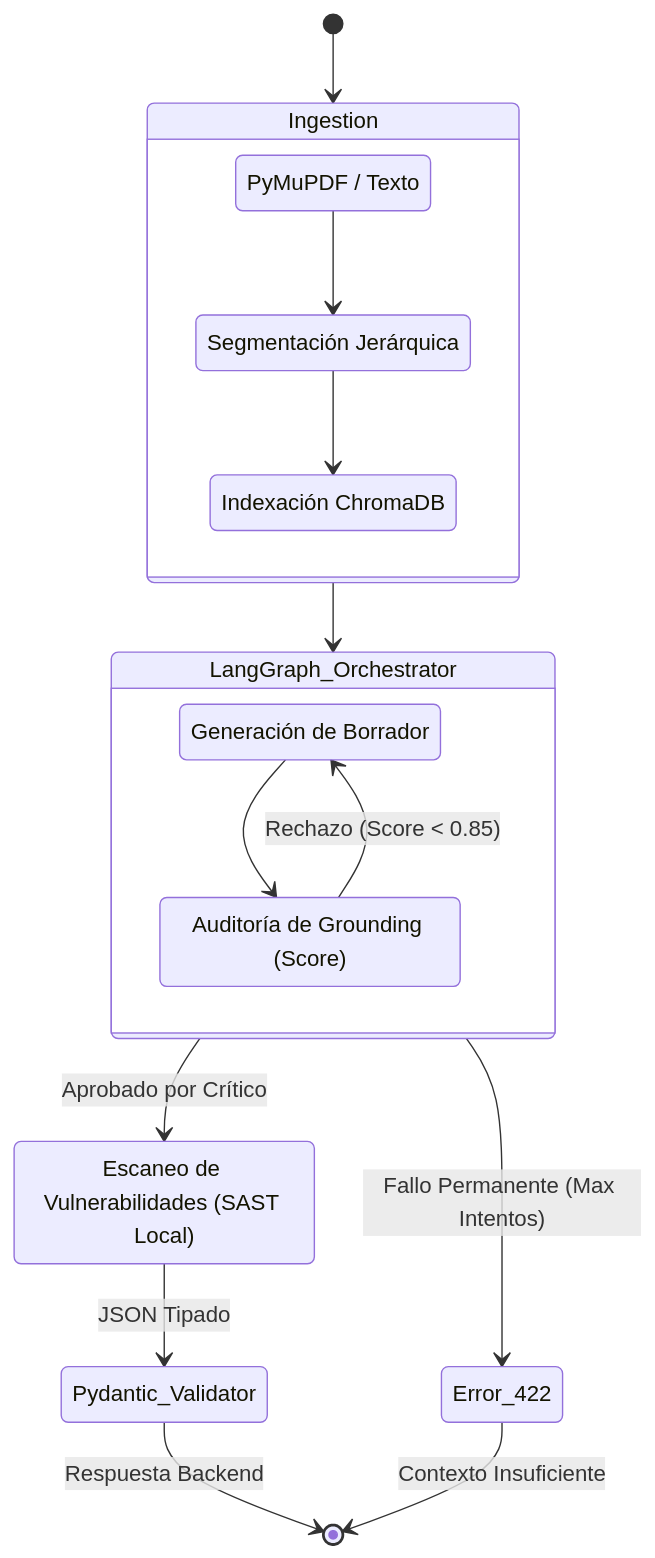
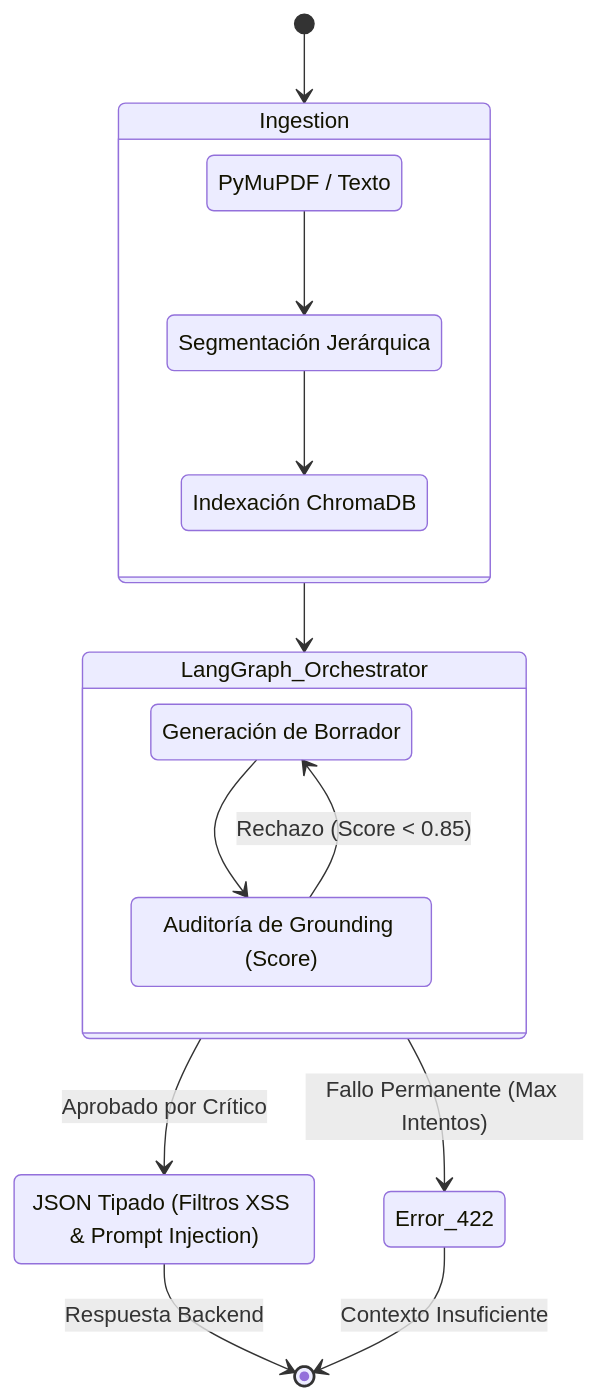
One commit to MarcosGHernandez/ONE_G10_hackathon- changed the diagram in docs/13_INFORME_FINAL_AI_CORE_SEMANA_1.md. Above: the diagram before and after it, drawn with Mermaid. The commit also changed other lines of this file, not shown here.

Commit message:
docs: corregir informe para enfocarse en integracion y remover Hermes local por limites OCI

````diff
--- a/docs/13_INFORME_FINAL_AI_CORE_SEMANA_1.md
+++ b/docs/13_INFORME_FINAL_AI_CORE_SEMANA_1.md
@@ -13,32 +13,30 @@
 ```mermaid
 stateDiagram-v2
     direction TB
     [*] --> Ingestion
     
     state Ingestion {
         Extractor : PyMuPDF / Texto
         Chunker : Segmentación Jerárquica
         VectorStore : Indexación ChromaDB
         Extractor --> Chunker
         Chunker --> VectorStore
     }
     
     Ingestion --> LangGraph_Orchestrator
     
     state LangGraph_Orchestrator {
         Creador : Generación de Borrador
         Critico : Auditoría de Grounding (Score)
         
         Creador --> Critico
         Critico --> Creador : Rechazo (Score < 0.85)
     }
     
     LangGraph_Orchestrator --> Error_422 : Fallo Permanente (Max Intentos)
-    LangGraph_Orchestrator --> Auditor_Hermes : Aprobado por Crítico
+    LangGraph_Orchestrator --> Pydantic_Validator : Aprobado por Crítico
     
-    Auditor_Hermes : Escaneo de Vulnerabilidades (SAST Local)
-    Auditor_Hermes --> Pydantic_Validator : JSON Tipado
-    
+    Pydantic_Validator : JSON Tipado (Filtros XSS & Prompt Injection)
     Pydantic_Validator --> [*] : Respuesta Backend
     Error_422 --> [*] : Contexto Insuficiente
 ```
````
